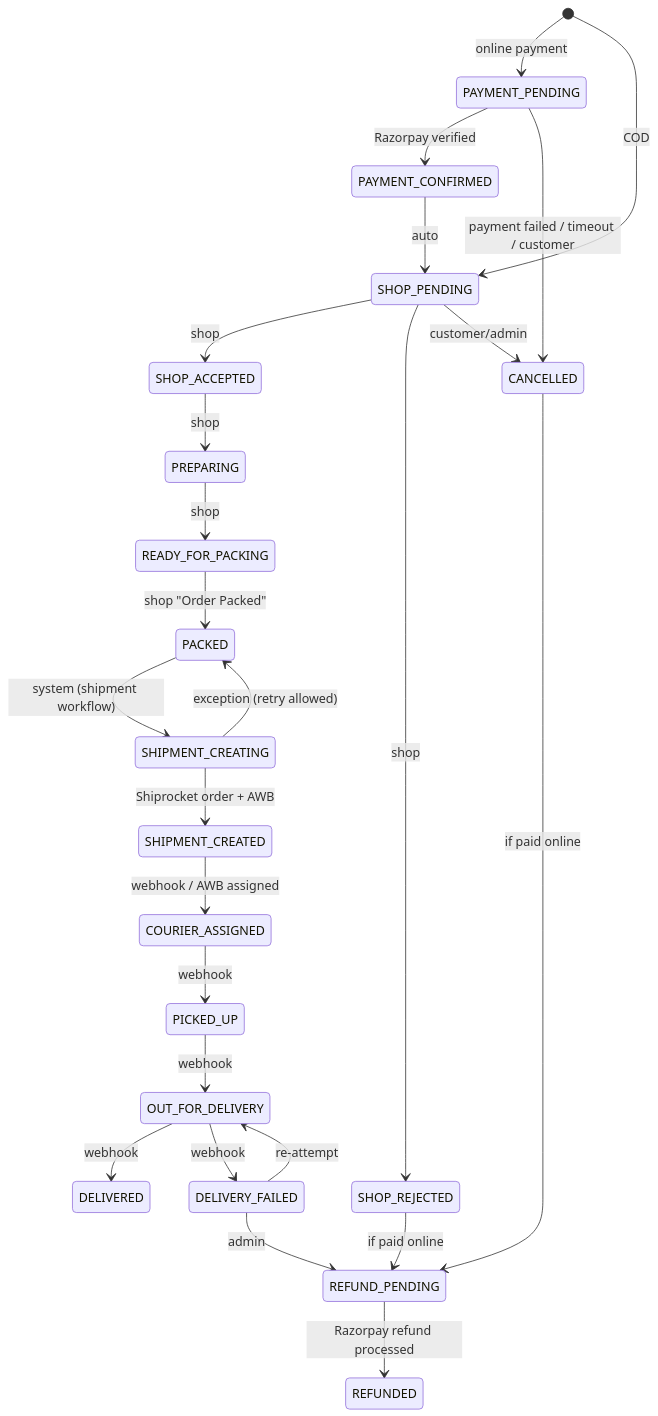
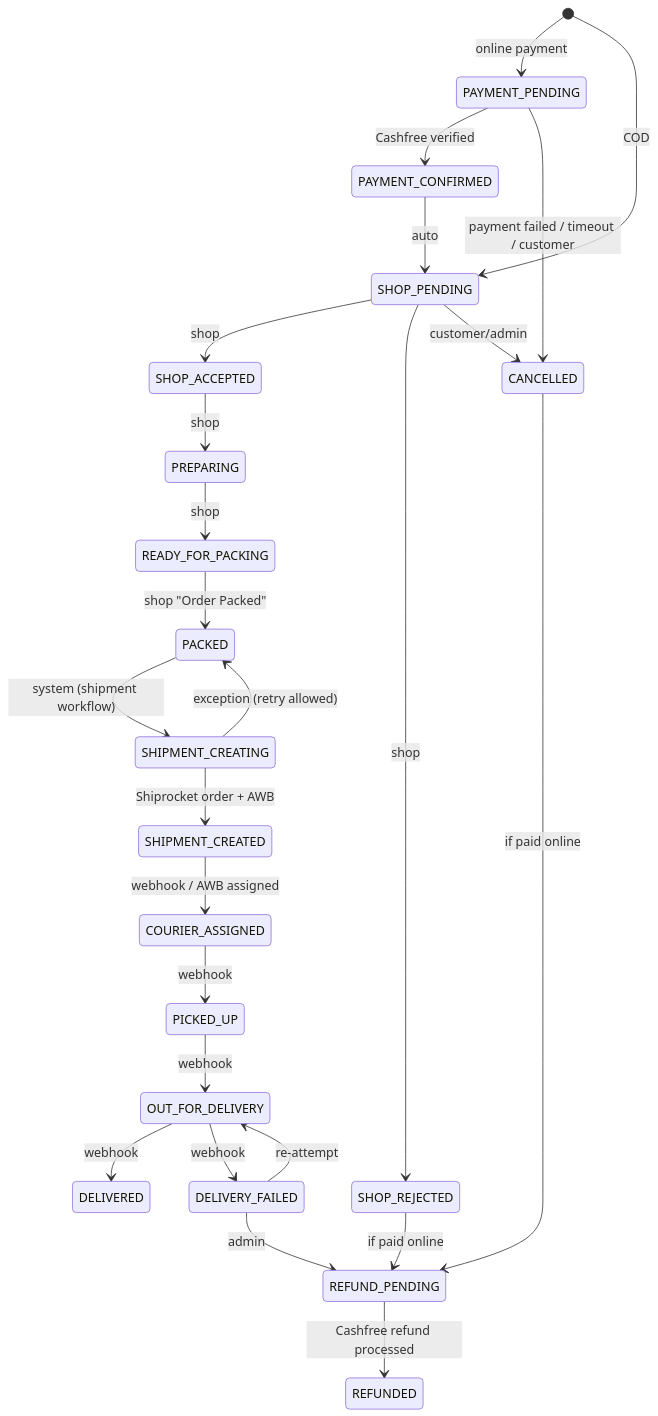
The second of 3 diagrams in docs/ARCHITECTURE.md (muralibedetanapalli-lab/Dukaan-Express), drawn with Mermaid before and after one commit. The commit also changed other lines of this file and 32 other files, not shown here.

First line of the commit message:
Payments: replace Razorpay with Cashfree

````diff
--- a/docs/ARCHITECTURE.md
+++ b/docs/ARCHITECTURE.md
@@ -81,27 +81,27 @@
 ```mermaid
 stateDiagram-v2
   [*] --> PAYMENT_PENDING: online payment
   [*] --> SHOP_PENDING: COD
-  PAYMENT_PENDING --> PAYMENT_CONFIRMED: Razorpay verified
+  PAYMENT_PENDING --> PAYMENT_CONFIRMED: Cashfree verified
   PAYMENT_PENDING --> CANCELLED: payment failed / timeout / customer
   PAYMENT_CONFIRMED --> SHOP_PENDING: auto
   SHOP_PENDING --> SHOP_ACCEPTED: shop
   SHOP_PENDING --> SHOP_REJECTED: shop
   SHOP_PENDING --> CANCELLED: customer/admin
   SHOP_ACCEPTED --> PREPARING: shop
   PREPARING --> READY_FOR_PACKING: shop
   READY_FOR_PACKING --> PACKED: shop "Order Packed"
   PACKED --> SHIPMENT_CREATING: system (shipment workflow)
   SHIPMENT_CREATING --> SHIPMENT_CREATED: Shiprocket order + AWB
   SHIPMENT_CREATING --> PACKED: exception (retry allowed)
   SHIPMENT_CREATED --> COURIER_ASSIGNED: webhook / AWB assigned
   COURIER_ASSIGNED --> PICKED_UP: webhook
   PICKED_UP --> OUT_FOR_DELIVERY: webhook
   OUT_FOR_DELIVERY --> DELIVERED: webhook
   OUT_FOR_DELIVERY --> DELIVERY_FAILED: webhook
   DELIVERY_FAILED --> OUT_FOR_DELIVERY: re-attempt
   SHOP_REJECTED --> REFUND_PENDING: if paid online
   CANCELLED --> REFUND_PENDING: if paid online
   DELIVERY_FAILED --> REFUND_PENDING: admin
-  REFUND_PENDING --> REFUNDED: Razorpay refund processed
+  REFUND_PENDING --> REFUNDED: Cashfree refund processed
 ```
````
